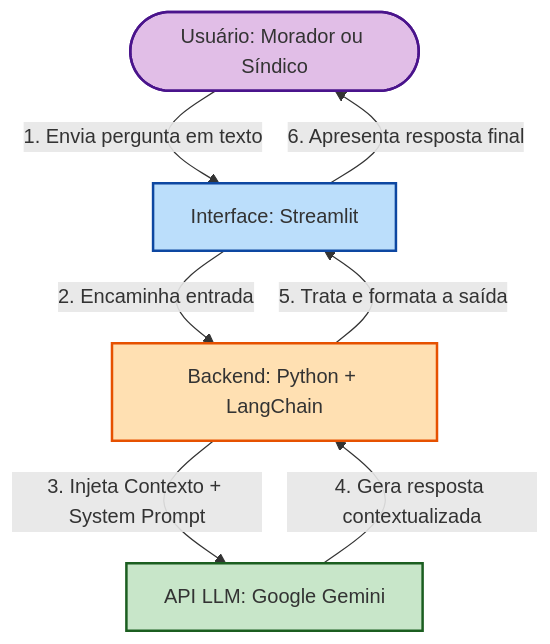
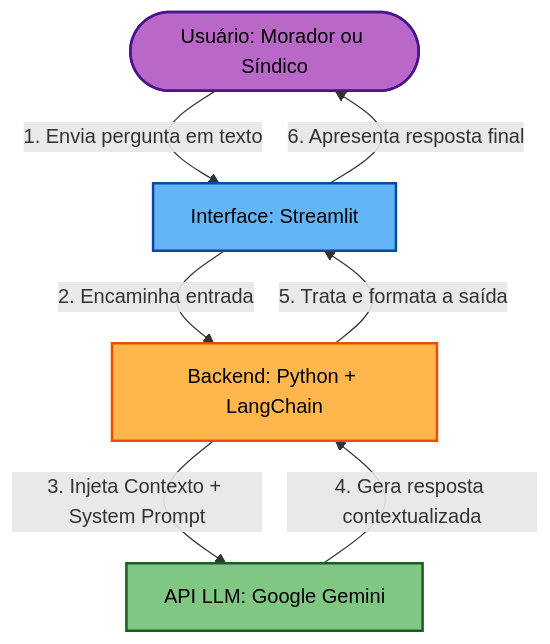
The diagram in README.md (Nickollas09/Sprint-Prompt-and-Artificial-Intelligence), drawn with Mermaid before and after one commit. The commit also changed other lines of this file and 2 other files, not shown here.

Commit message:
Inclusao do system prompt e matriz com modelo de testes

````diff
--- a/README.md
+++ b/README.md
@@ -44,26 +44,26 @@
 ```mermaid
 graph TD
-    %% Estilos de nós
-    classDef usuario fill:#E1BEE7,stroke:#4A148C,stroke-width:2px;
-    classDef front fill:#BBDEFB,stroke:#0D47A1,stroke-width:2px;
-    classDef back fill:#FFE0B2,stroke:#E65100,stroke-width:2px;
-    classDef ai fill:#C8E6C9,stroke:#1B5E20,stroke-width:2px;
+    %% Estilos de nós corrigidos com texto escuro para alto contraste
+    classDef usuario fill:#BA68C8,stroke:#4A148C,stroke-width:2px,color:#000000;
+    classDef front fill:#64B5F6,stroke:#0D47A1,stroke-width:2px,color:#000000;
+    classDef back fill:#FFB74D,stroke:#E65100,stroke-width:2px,color:#000000;
+    classDef ai fill:#81C784,stroke:#1B5E20,stroke-width:2px,color:#000000;
 
     %% Fluxo Principal
     U([Usuário: Morador ou Síndico]) -->|1. Envia pergunta em texto| ST[Interface: Streamlit]
     ST -->|2. Encaminha entrada| PY[Backend: Python + LangChain]
     
     %% Processamento da IA
     PY -->|3. Injeta Contexto + System Prompt| GM[API LLM: Google Gemini]
     GM -->|4. Gera resposta contextualizada| PY
     
     %% Retorno do Fluxo
     PY -->|5. Trata e formata a saída| ST
     ST -->|6. Apresenta resposta final| U
 
     %% Aplicação dos Estilos
     class U usuario;
     class ST front;
     class PY back;
     class GM ai;
 ```
````
